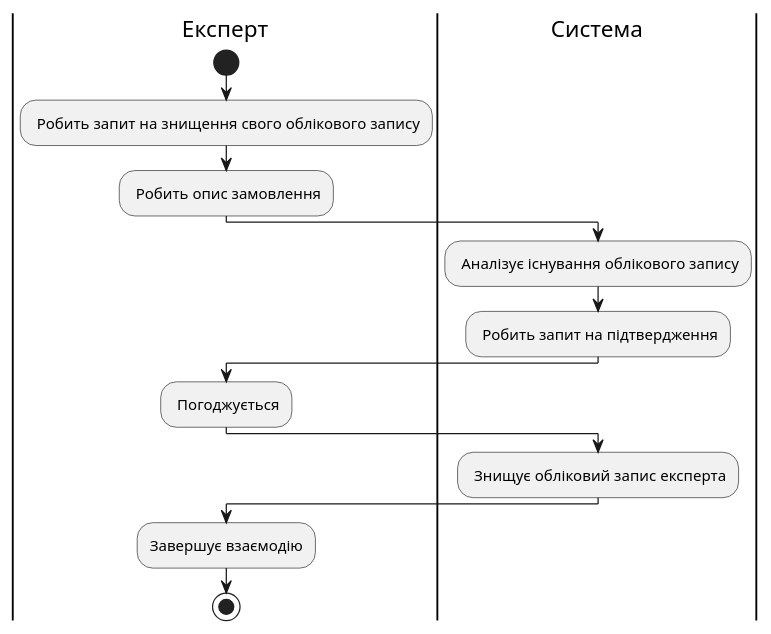
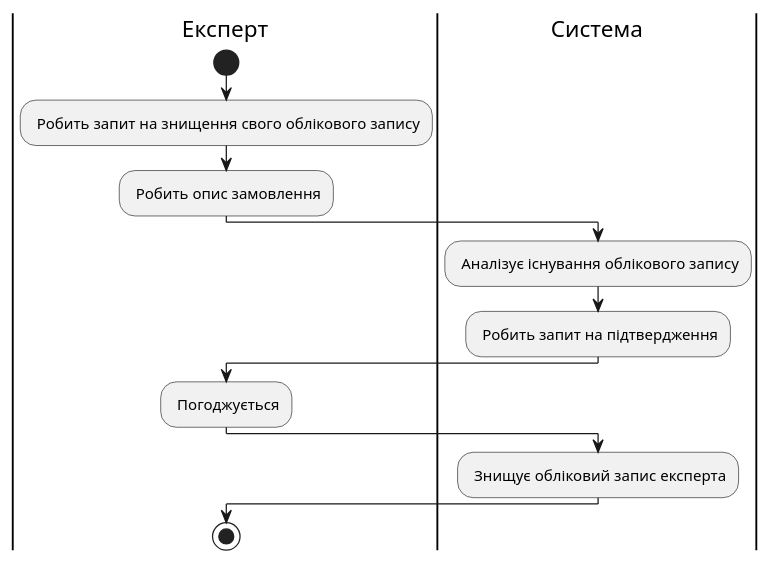
Before and after one commit to YehorSeniuk/IOO: diagram 14 of 16 in docs/use cases/README.md, drawn with PlantUML. The commit also changed other lines of this file, not shown here.

```diff
--- a/docs/use cases/README.md
+++ b/docs/use cases/README.md
@@ -268,24 +315,23 @@
 @startuml
 |Експерт|
 start;
 : Робить запит на знищення свого облікового запису;
 : Робить опис замовлення;
 
 
 |Система|
 : Аналізує існування облікового запису;
 : Робить запит на підтвердження;
 
 
 |Експерт|
 : Погоджується;
 
 
 |Система|
 : Знищує обліковий запис експерта;
 
 
 |Експерт|
-:Завершує взаємодію;
 stop;
 @enduml
```
